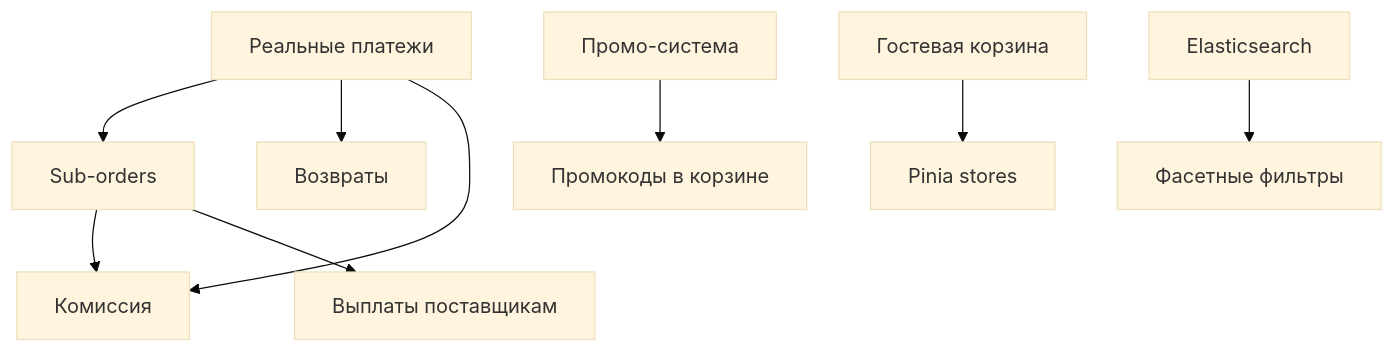
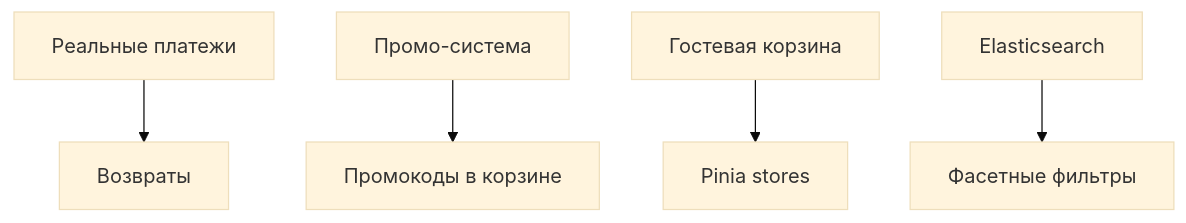
Before and after one commit to EvgeniyElmanov/promelectron: the diagram in .agent/PLANNING_HANDOFF.md, drawn with Mermaid (base theme). The commit also changed other lines of this file and 9 other files, not shown here.

````diff
--- a/.agent/PLANNING_HANDOFF.md
+++ b/.agent/PLANNING_HANDOFF.md
@@ -94,11 +92,7 @@
 ```mermaid
 graph TD
-    A[Реальные платежи] --> B[Sub-orders]
-    A --> C[Возвраты]
-    A --> D[Комиссия]
-    B --> D
-    B --> E[Выплаты поставщикам]
+    A[Реальные платежи] --> C[Возвраты]
     F[Промо-система] --> G[Промокоды в корзине]
     H[Гостевая корзина] --> I[Pinia stores]
     J[Elasticsearch] --> K[Фасетные фильтры]
 ```
````
